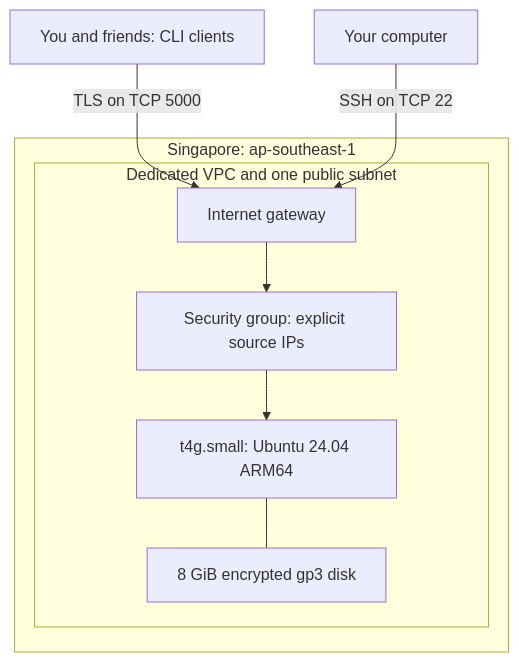
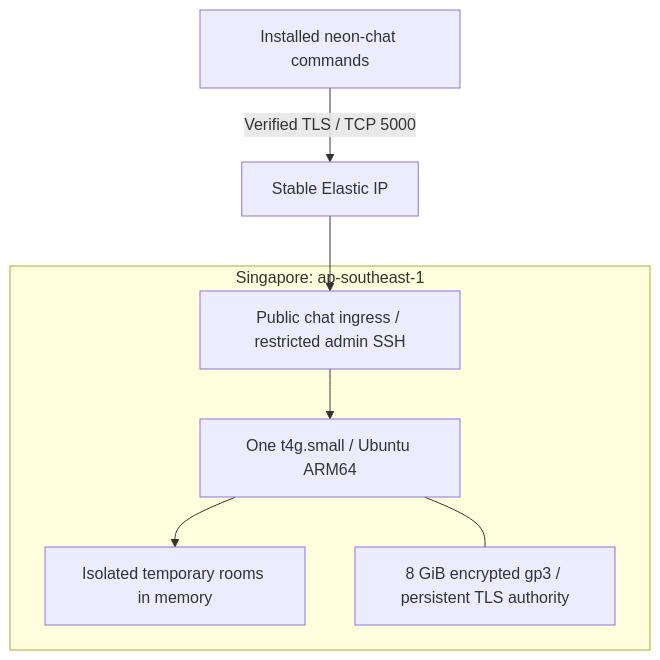
One commit to RyanMyatThu-dev/TCP-Chat changed the diagram in README.md. Above: the diagram before and after it, drawn with Mermaid. The commit also changed other lines of this file and 40 other files, not shown here.

````diff
--- a/README.md
+++ b/README.md
@@ -88,12 +113,10 @@
 ```mermaid
 flowchart TD
-    Clients[You and friends: CLI clients] -->|TLS on TCP 5000| Internet[Internet gateway]
-    Admin[Your computer] -->|SSH on TCP 22| Internet
-    subgraph AWS[Singapore: ap-southeast-1]
-        subgraph VPC[Dedicated VPC and one public subnet]
-            Internet --> SG[Security group: explicit source IPs]
-            SG --> EC2[t4g.small: Ubuntu 24.04 ARM64]
-            EC2 --- Disk[8 GiB encrypted gp3 disk]
-        end
+    Clients[Installed neon-chat commands] -->|Verified TLS / TCP 5000| Address[Stable Elastic IP]
+    Address --> Firewall[Public chat ingress / restricted admin SSH]
+    subgraph Singapore[Singapore: ap-southeast-1]
+        Firewall --> Server[One t4g.small / Ubuntu ARM64]
+        Server --> Rooms[Isolated temporary rooms in memory]
+        Server --- Disk[8 GiB encrypted gp3 / persistent TLS authority]
     end
 ```
````
